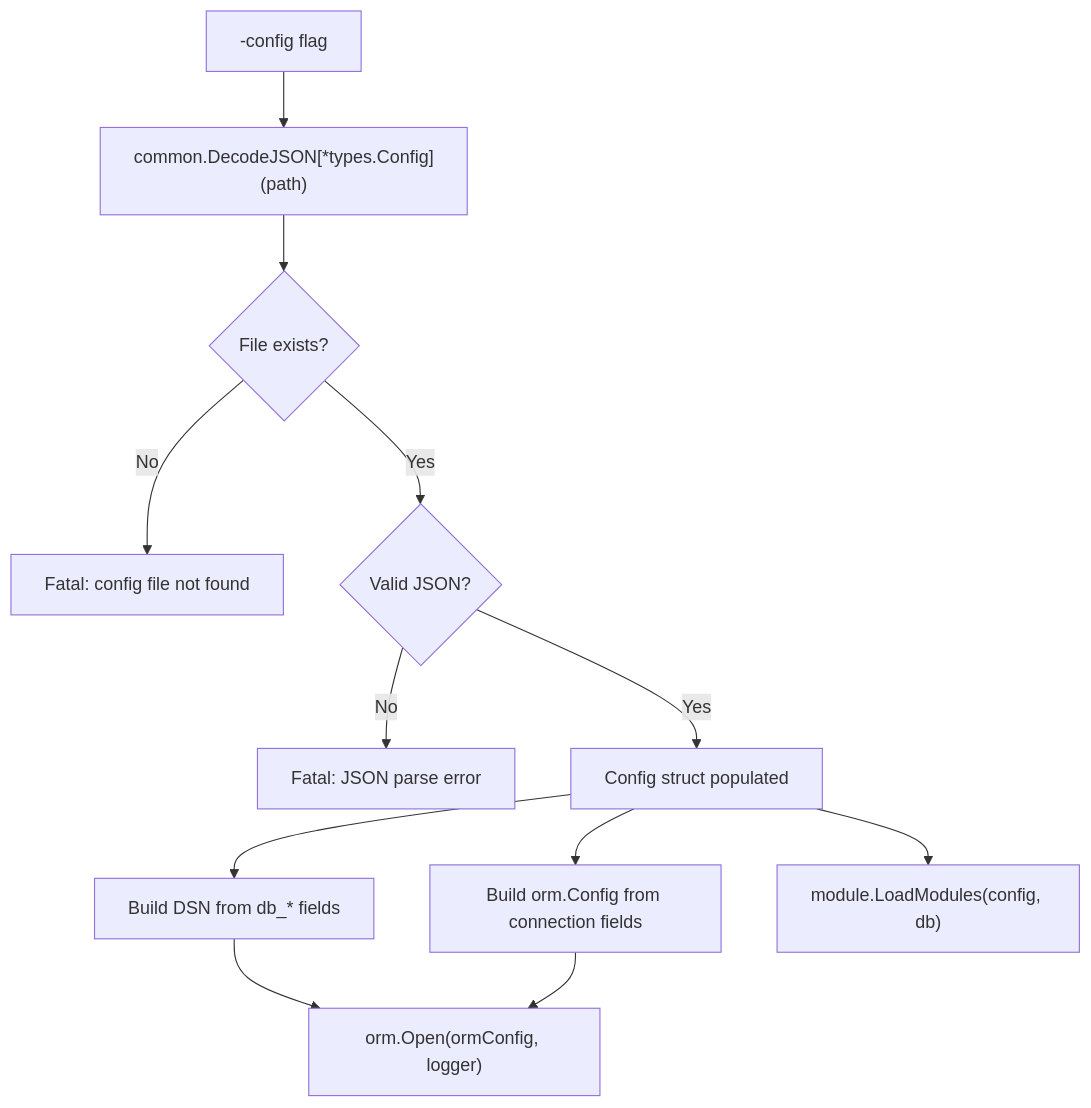
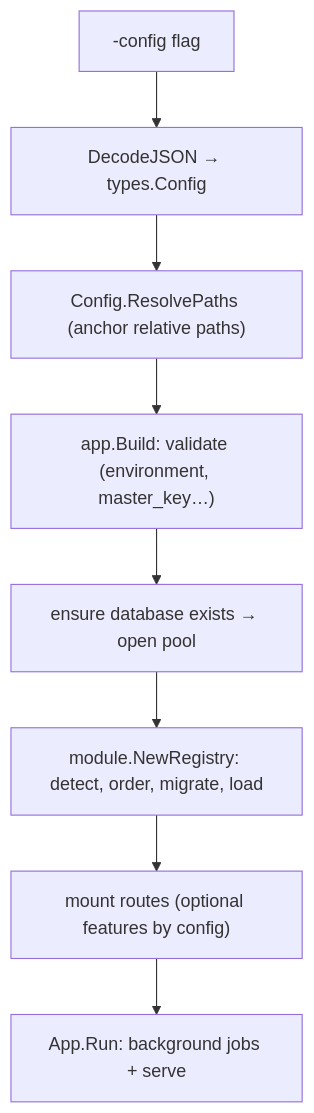
One commit to noiia/EERP-Documentation-Wiki changed the diagram in docs/core/configuration.md. Above: the diagram before and after it, drawn with Mermaid. The commit also changed other lines of this file and 61 other files, not shown here.

````diff
--- a/docs/core/configuration.md
+++ b/docs/core/configuration.md
@@ -85,13 +96,10 @@
 ```mermaid
 flowchart TD
-    A["-config flag"] --> B["common.DecodeJSON[*types.Config](path)"]
-    B --> C{File exists?}
-    C -- No --> D["Fatal: config file not found"]
-    C -- Yes --> E{Valid JSON?}
-    E -- No --> F["Fatal: JSON parse error"]
-    E -- Yes --> G["Config struct populated"]
-    G --> H["Build DSN from db_* fields"]
-    G --> I["Build orm.Config from connection fields"]
-    H & I --> J["orm.Open(ormConfig, logger)"]
-    G --> K["module.LoadModules(config, db)"]
+    A["-config flag"] --> B["DecodeJSON → types.Config"]
+    B --> C["Config.ResolvePaths (anchor relative paths)"]
+    C --> D["app.Build: validate (environment, master_key…)"]
+    D --> E["ensure database exists → open pool"]
+    E --> F["module.NewRegistry: detect, order, migrate, load"]
+    F --> G["mount routes (optional features by config)"]
+    G --> H["App.Run: background jobs + serve"]
 ```
````
